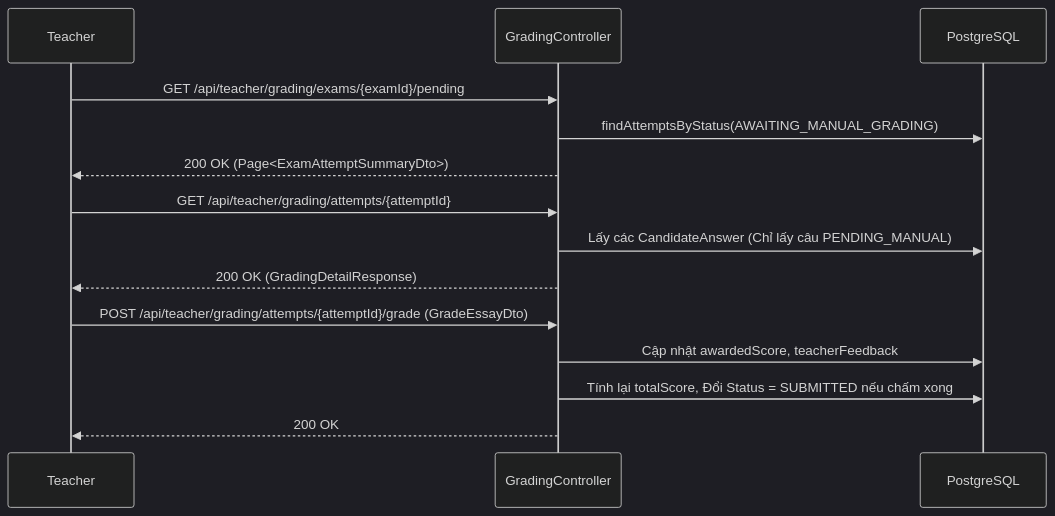
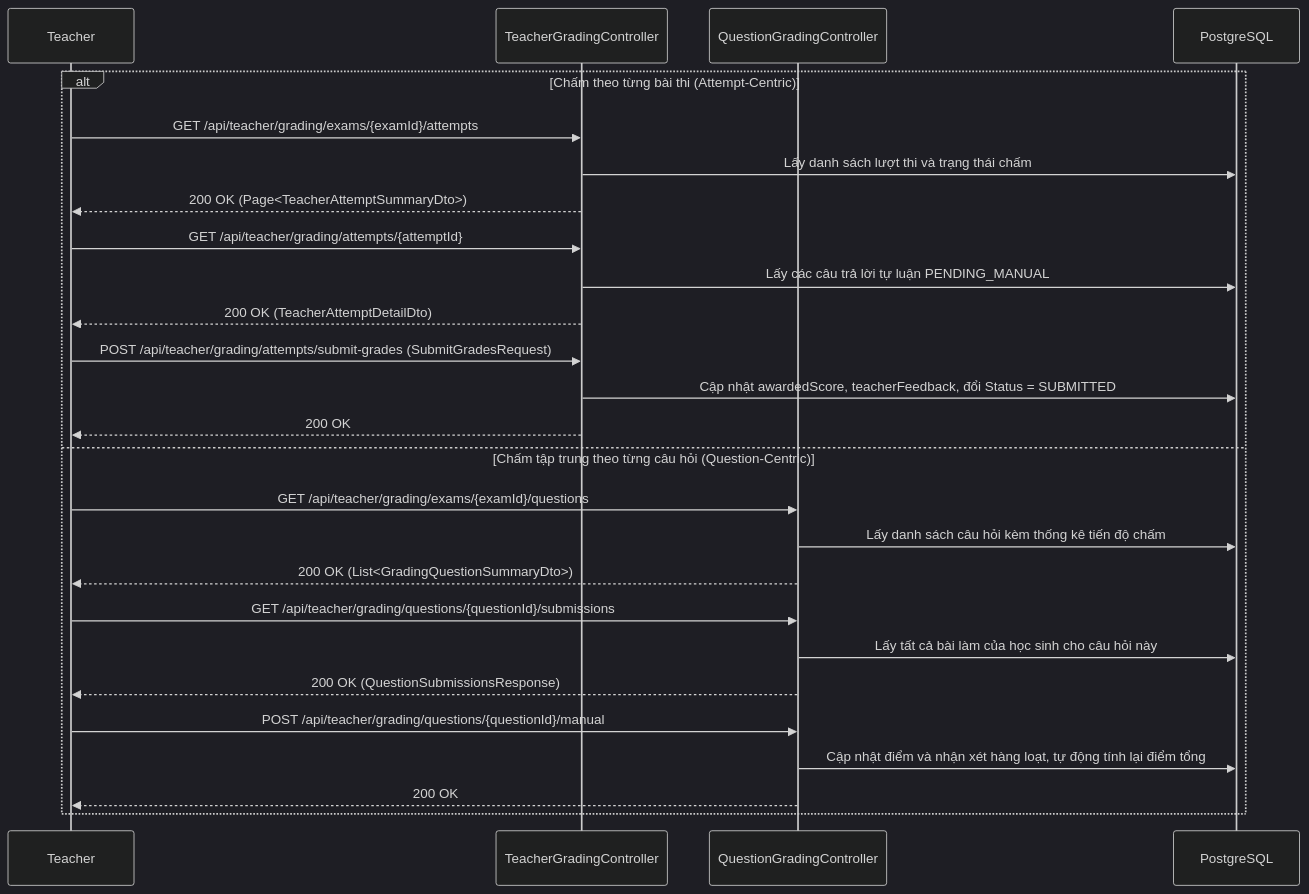
The fourth of 9 diagrams in quick-test-system-flows.md (ayana0409/QuickTest), drawn with Mermaid (dark theme) before and after one commit. The commit also changed other lines of this file and 5 other files, not shown here.

````diff
--- a/quick-test-system-flows.md
+++ b/quick-test-system-flows.md
@@ -108,19 +108,33 @@
 ```mermaid
 sequenceDiagram
     participant T as Teacher
-    participant G as GradingController
+    participant TG as TeacherGradingController
+    participant QG as QuestionGradingController
     participant DB as PostgreSQL
     
-    T->>G: GET /api/teacher/grading/exams/{examId}/pending
-    G->>DB: findAttemptsByStatus(AWAITING_MANUAL_GRADING)
-    G-->>T: 200 OK (Page<ExamAttemptSummaryDto>)
-    
-    T->>G: GET /api/teacher/grading/attempts/{attemptId}
-    G->>DB: Lấy các CandidateAnswer (Chỉ lấy câu PENDING_MANUAL)
-    G-->>T: 200 OK (GradingDetailResponse)
-    
-    T->>G: POST /api/teacher/grading/attempts/{attemptId}/grade (GradeEssayDto)
-    G->>DB: Cập nhật awardedScore, teacherFeedback
-    G->>DB: Tính lại totalScore, Đổi Status = SUBMITTED nếu chấm xong
-    G-->>T: 200 OK
+    alt Chấm theo từng bài thi (Attempt-Centric)
+        T->>TG: GET /api/teacher/grading/exams/{examId}/attempts
+        TG->>DB: Lấy danh sách lượt thi và trạng thái chấm
+        TG-->>T: 200 OK (Page<TeacherAttemptSummaryDto>)
+        
+        T->>TG: GET /api/teacher/grading/attempts/{attemptId}
+        TG->>DB: Lấy các câu trả lời tự luận PENDING_MANUAL
+        TG-->>T: 200 OK (TeacherAttemptDetailDto)
+        
+        T->>TG: POST /api/teacher/grading/attempts/submit-grades (SubmitGradesRequest)
+        TG->>DB: Cập nhật awardedScore, teacherFeedback, đổi Status = SUBMITTED
+        TG-->>T: 200 OK
+    else Chấm tập trung theo từng câu hỏi (Question-Centric)
+        T->>QG: GET /api/teacher/grading/exams/{examId}/questions
+        QG->>DB: Lấy danh sách câu hỏi kèm thống kê tiến độ chấm
+        QG-->>T: 200 OK (List<GradingQuestionSummaryDto>)
+        
+        T->>QG: GET /api/teacher/grading/questions/{questionId}/submissions
+        QG->>DB: Lấy tất cả bài làm của học sinh cho câu hỏi này
+        QG-->>T: 200 OK (QuestionSubmissionsResponse)
+        
+        T->>QG: POST /api/teacher/grading/questions/{questionId}/manual
+        QG->>DB: Cập nhật điểm và nhận xét hàng loạt, tự động tính lại điểm tổng
+        QG-->>T: 200 OK
+    end
 ```
````
